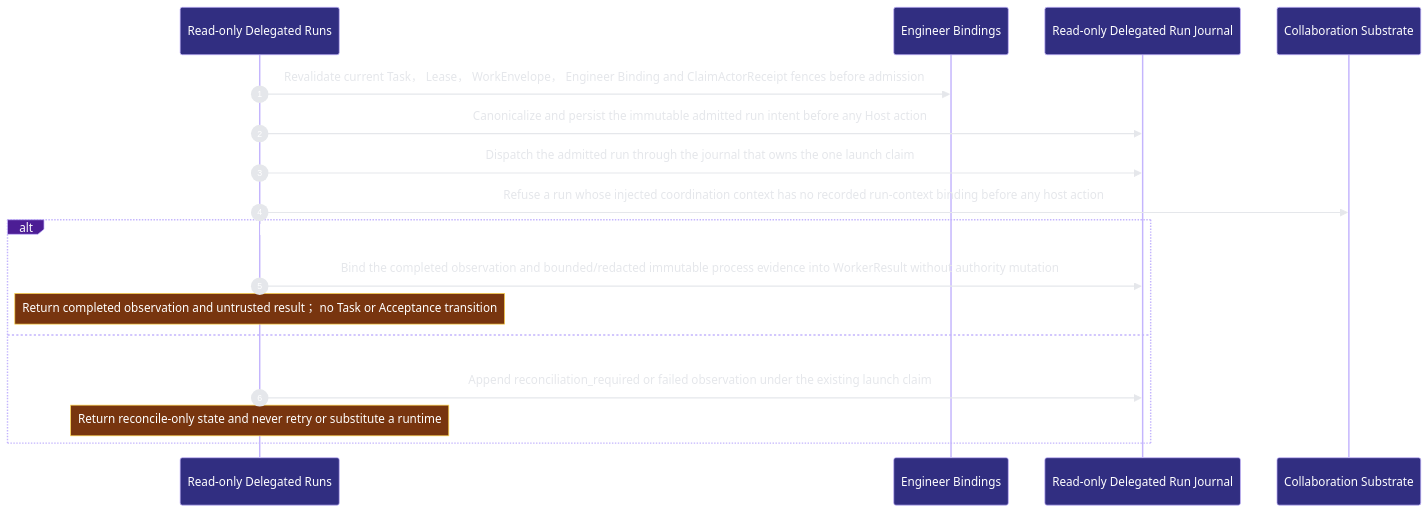
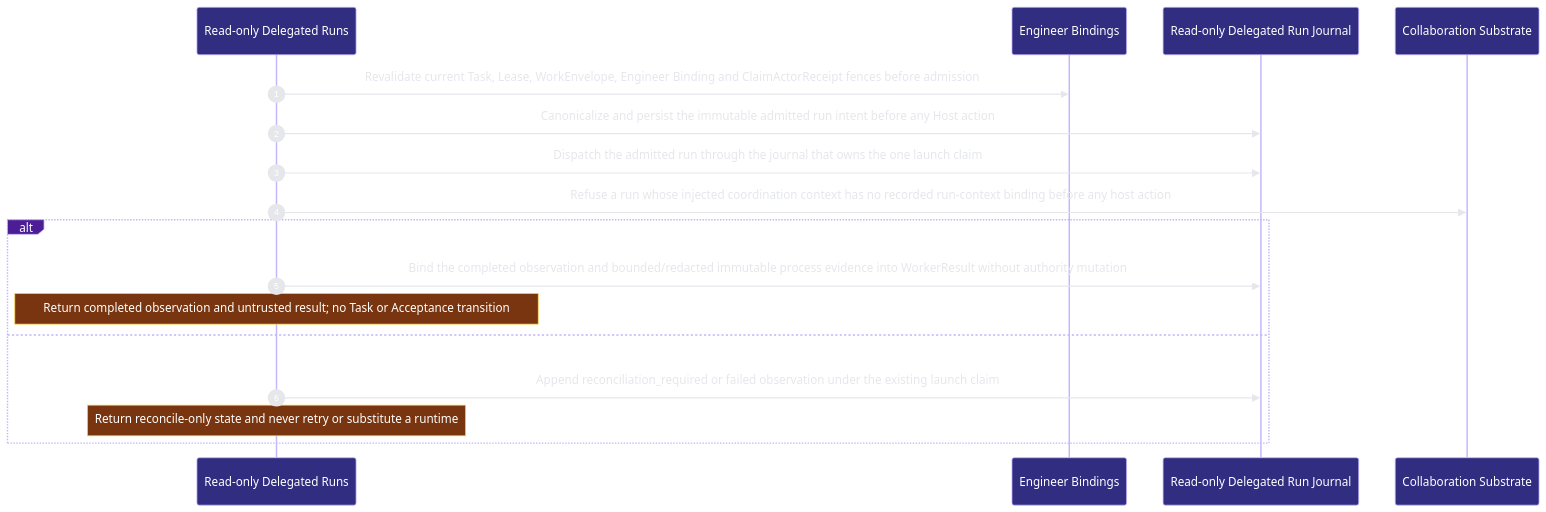
One commit to Ancienttwo/repo-harness changed the second of 2 diagrams in docs/architecture/modules/runtime-harness/delegated-runs.md. Above: the diagram before and after it, drawn with Mermaid. The commit also changed other lines of this file and 46 other files, not shown here.

First line of the commit message:
docs(architecture): re-project the architecture docs with archctx 0.7.1

````diff
--- a/docs/architecture/modules/runtime-harness/delegated-runs.md
+++ b/docs/architecture/modules/runtime-harness/delegated-runs.md
@@ -74,20 +89,20 @@
 ```mermaid
 %%{init: {"theme":"base","themeVariables":{"background":"#0d1117","actorBkg":"#312e81","actorBorder":"#c4b5fd","actorTextColor":"#ffffff","signalColor":"#e5e7eb","signalTextColor":"#e5e7eb","labelBoxBkgColor":"#4c1d95","labelBoxBorderColor":"#c4b5fd","labelTextColor":"#ffffff","noteBkgColor":"#78350f","noteBorderColor":"#fcd34d","noteTextColor":"#ffffff","sequenceNumberColor":"#ffffff"}}}%%
 sequenceDiagram
   autonumber
   participant p2_delegated_run_journal_781391f9 as Read-only Delegated Runs
   participant p2_binding_authority_b56d10c4 as Engineer Bindings
   participant p2_delegated_run_schema_0652b33a as Read-only Delegated Run Journal
   participant p2_collaboration_fence_e27409aa as Collaboration Substrate
-  p2_delegated_run_journal_781391f9->>p2_binding_authority_b56d10c4: Revalidate current Task， Lease， WorkEnvelope， Engineer Binding and ClaimActorReceipt fences before admission
+  p2_delegated_run_journal_781391f9->>p2_binding_authority_b56d10c4: Revalidate current Task#44; Lease#44; WorkEnvelope#44; Engineer Binding and ClaimActorReceipt fences before admission
   p2_delegated_run_journal_781391f9->>p2_delegated_run_schema_0652b33a: Canonicalize and persist the immutable admitted run intent before any Host action
   p2_delegated_run_journal_781391f9->>p2_delegated_run_schema_0652b33a: Dispatch the admitted run through the journal that owns the one launch claim
   p2_delegated_run_journal_781391f9->>p2_collaboration_fence_e27409aa: Refuse a run whose injected coordination context has no recorded run-context binding before any host action
   alt One immutable launch claim admits at most one read-only host action and returns only untrusted receipt-bound evidence
   p2_delegated_run_journal_781391f9->>p2_delegated_run_schema_0652b33a: Bind the completed observation and bounded/redacted immutable process evidence into WorkerResult without authority mutation
-    Note over p2_delegated_run_journal_781391f9: Return completed observation and untrusted result； no Task or Acceptance transition
-  else Lost acknowledgement， stale authority or protected-state drift fails closed without another host action
+    Note over p2_delegated_run_journal_781391f9: Return completed observation and untrusted result#59; no Task or Acceptance transition
+  else Lost acknowledgement#44; stale authority or protected-state drift fails closed without another host action
   p2_delegated_run_journal_781391f9->>p2_delegated_run_schema_0652b33a: Append reconciliation_required or failed observation under the existing launch claim
     Note over p2_delegated_run_journal_781391f9: Return reconcile-only state and never retry or substitute a runtime
   end
 ```
````
